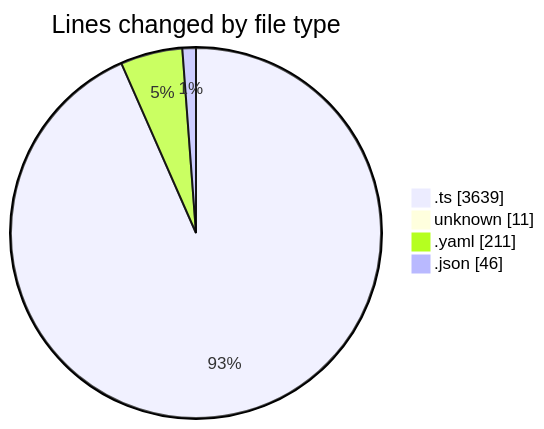
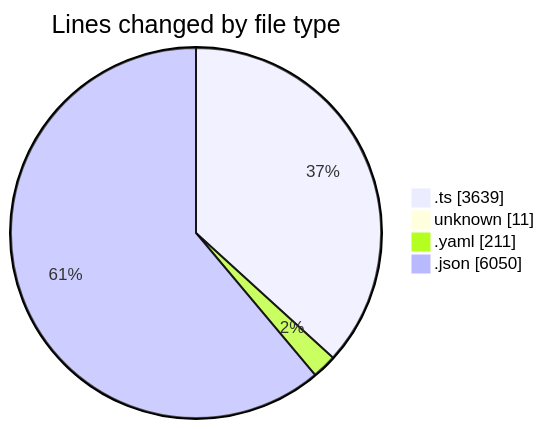
One commit to mevix1/code-tracking changed the first of 2 diagrams in 2025-10-01/oura-api/README.md. Above: the diagram before and after it, drawn with Mermaid. The commit also changed other lines of this file and 1 other file, not shown here.

````diff
--- a/2025-10-01/oura-api/README.md
+++ b/2025-10-01/oura-api/README.md
@@ -49,8 +50,8 @@
 ```mermaid
 pie showData
 title Lines changed by file type
 ".ts" : 3639
 "unknown" : 11
 ".yaml" : 211
-".json" : 46
+".json" : 6050
 ```
````
